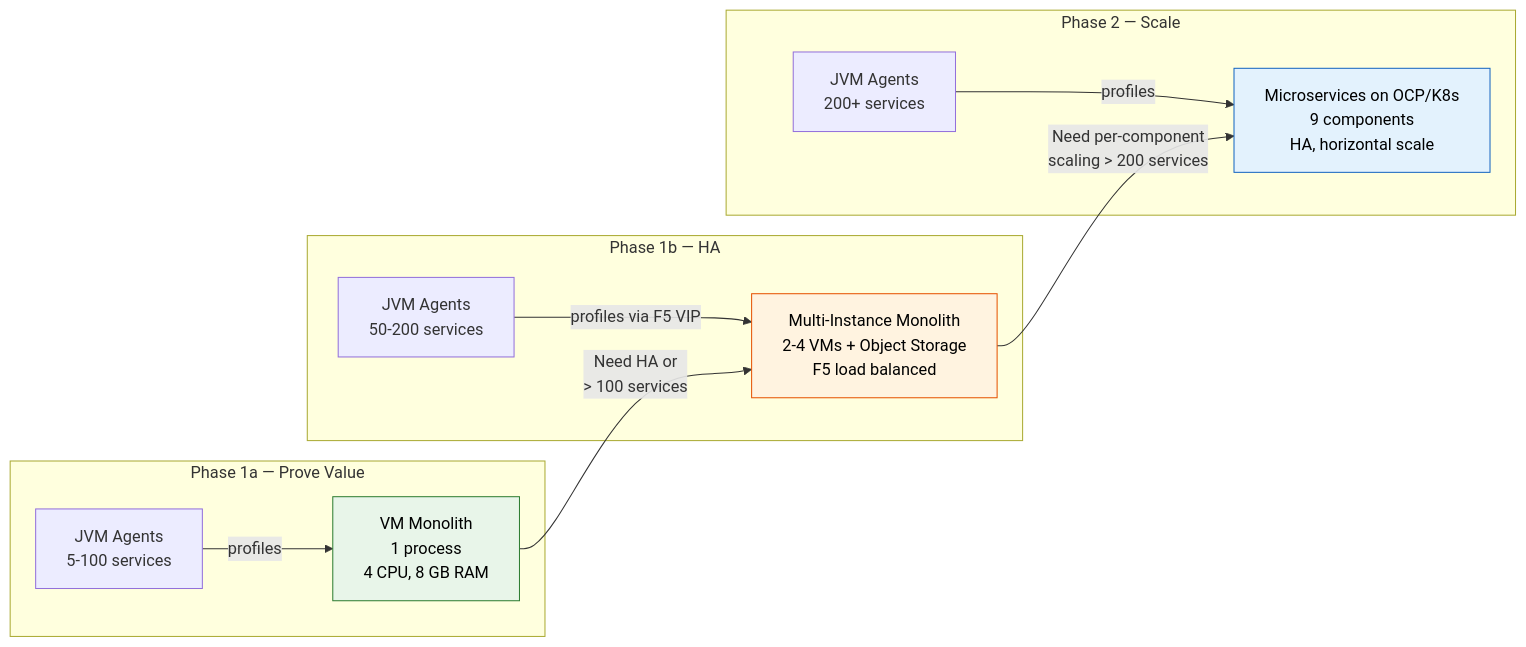
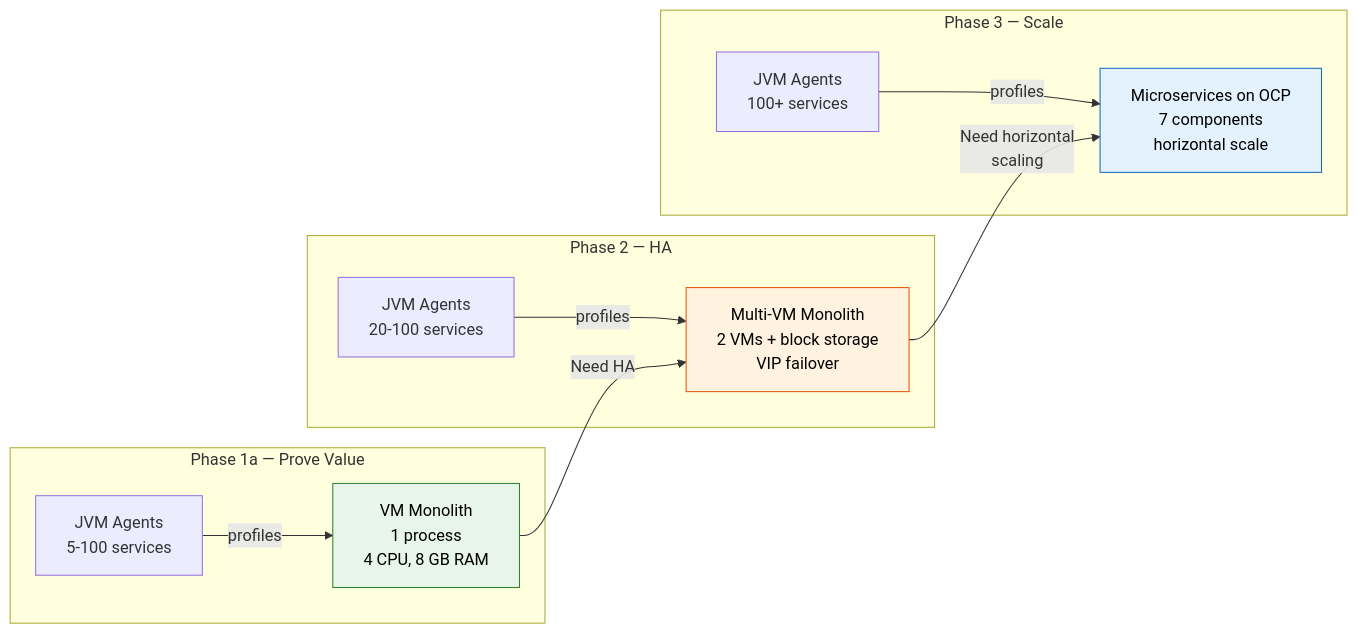
Before and after one commit to aff0gat000/pyroscope: the second of 2 diagrams in docs/what-is-pyroscope.md, drawn with Mermaid. The commit also changed other lines of this file and 32 other files, not shown here.

````diff
--- a/docs/what-is-pyroscope.md
+++ b/docs/what-is-pyroscope.md
@@ -340,27 +339,27 @@
 ```mermaid
 graph LR
     subgraph "Phase 1a — Prove Value"
         VM["VM Monolith<br/>1 process<br/>4 CPU, 8 GB RAM"]
         Agent1["JVM Agents<br/>5-100 services"]
         Agent1 -->|profiles| VM
     end
 
-    subgraph "Phase 1b — HA"
-        VMHA["Multi-Instance Monolith<br/>2-4 VMs + Object Storage<br/>F5 load balanced"]
-        Agent1b["JVM Agents<br/>50-200 services"]
-        Agent1b -->|"profiles via F5 VIP"| VMHA
+    subgraph "Phase 2 — HA"
+        MultiVM["Multi-VM Monolith<br/>2 VMs + block storage<br/>VIP failover"]
+        Agent2["JVM Agents<br/>20-100 services"]
+        Agent2 -->|profiles| MultiVM
     end
 
-    subgraph "Phase 2 — Scale"
-        OCP["Microservices on OCP/K8s<br/>9 components<br/>HA, horizontal scale"]
-        Agent2["JVM Agents<br/>200+ services"]
-        Agent2 -->|profiles| OCP
+    subgraph "Phase 3 — Scale"
+        OCP["Microservices on OCP<br/>7 components<br/>horizontal scale"]
+        Agent3["JVM Agents<br/>100+ services"]
+        Agent3 -->|profiles| OCP
     end
 
-    VM -->|"Need HA or<br/>> 100 services"| VMHA
-    VMHA -->|"Need per-component<br/>scaling > 200 services"| OCP
+    VM -->|"Need HA"| MultiVM
+    MultiVM -->|"Need horizontal<br/>scaling"| OCP
 
     style VM fill:#e8f5e9,stroke:#2e7d32,color:#000
-    style VMHA fill:#fff3e0,stroke:#e65100,color:#000
+    style MultiVM fill:#fff3e0,stroke:#e65100,color:#000
     style OCP fill:#e3f2fd,stroke:#1565c0,color:#000
 ```
````
